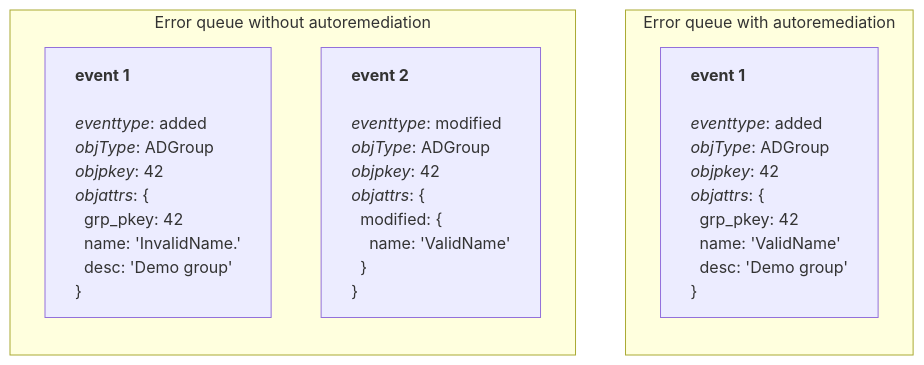
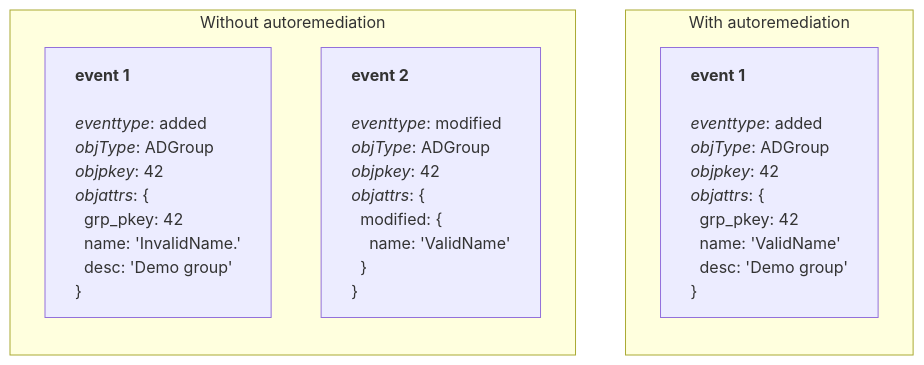
The second of 2 diagrams in content/hermes/how-it-works/hermes-client/auto-remediation.md (DSIN-INSA-Strasbourg/Hermes-doc), drawn with Mermaid before and after one commit.

Commit message:
📝 Shorten some mermaid subgraph titles that are hidden when too long in new theme

````diff
--- a/content/hermes/how-it-works/hermes-client/auto-remediation.md
+++ b/content/hermes/how-it-works/hermes-client/auto-remediation.md
@@ -41,49 +41,49 @@
 ``` mermaid
 flowchart TB
-  subgraph errorqueuebis [Error queue with autoremediation]
+  subgraph errorqueuebis [With autoremediation]
     direction TB
     ev1bis
   end
 
-  subgraph errorqueue [Error queue without autoremediation]
+  subgraph errorqueue [Without autoremediation]
     direction TB
     ev1
     ev2
   end
 
   ev1["`**event 1**
     &nbsp;
     *eventtype*: added
     *objType*: ADGroup
     *objpkey*: 42
     *objattrs*: {
     &nbsp;&nbsp;grp_pkey: 42
     &nbsp;&nbsp;name: 'InvalidName.'
     &nbsp;&nbsp;desc: 'Demo group'
     }`"]
 
   ev2["`**event 2**
     &nbsp;
     *eventtype*: modified
     *objType*: ADGroup
     *objpkey*: 42
     *objattrs*: {
     &nbsp;&nbsp;modified: {
     &nbsp;&nbsp;&nbsp;&nbsp;name: 'ValidName'
     &nbsp;&nbsp;}
     }`"]
 
   ev1bis["`**event 1**
     &nbsp;
     *eventtype*: added
     *objType*: ADGroup
     *objpkey*: 42
     *objattrs*: {
     &nbsp;&nbsp;grp_pkey: 42
     &nbsp;&nbsp;name: 'ValidName'
     &nbsp;&nbsp;desc: 'Demo group'
     }`"]
 
   classDef leftalign text-align:left
   class ev1,ev2,ev1bis leftalign
 ```
````
